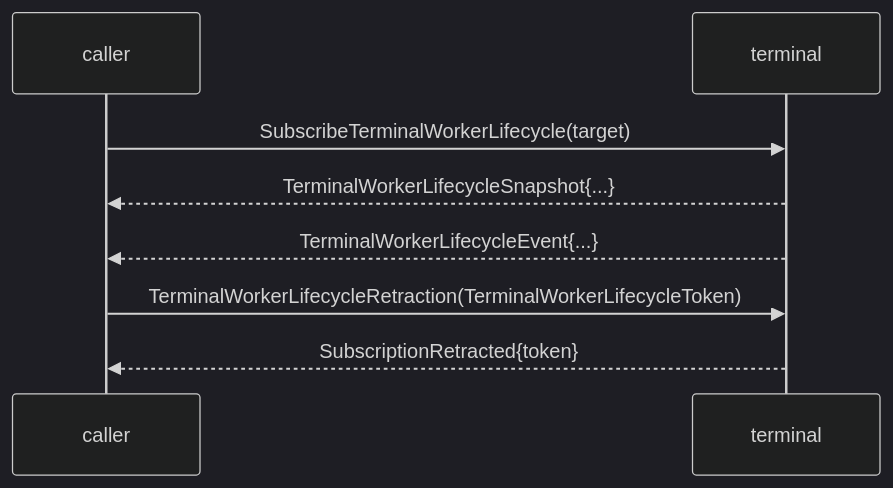
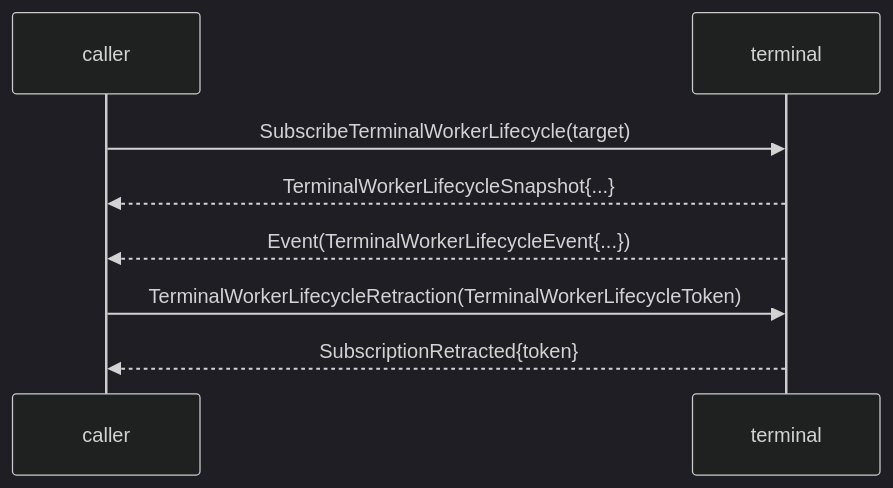
Before and after one commit to LiGoldragon/signal-terminal: the diagram in ARCHITECTURE.md, drawn with Mermaid (dark theme). The commit also changed other lines of this file and 16 other files, not shown here.

First line of the commit message:
signal-terminal: migrate off signal_channel! to schema-derived published contract

````diff
--- a/ARCHITECTURE.md
+++ b/ARCHITECTURE.md
@@ -151,11 +160,11 @@
 ```mermaid
 sequenceDiagram
     participant Caller as caller
     participant Terminal as terminal
 
     Caller->>Terminal: SubscribeTerminalWorkerLifecycle(target)
     Terminal-->>Caller: TerminalWorkerLifecycleSnapshot{...}
-    Terminal-->>Caller: TerminalWorkerLifecycleEvent{...}
+    Terminal-->>Caller: Event(TerminalWorkerLifecycleEvent{...})
     Caller->>Terminal: TerminalWorkerLifecycleRetraction(TerminalWorkerLifecycleToken)
     Terminal-->>Caller: SubscriptionRetracted{token}
 ```
````
